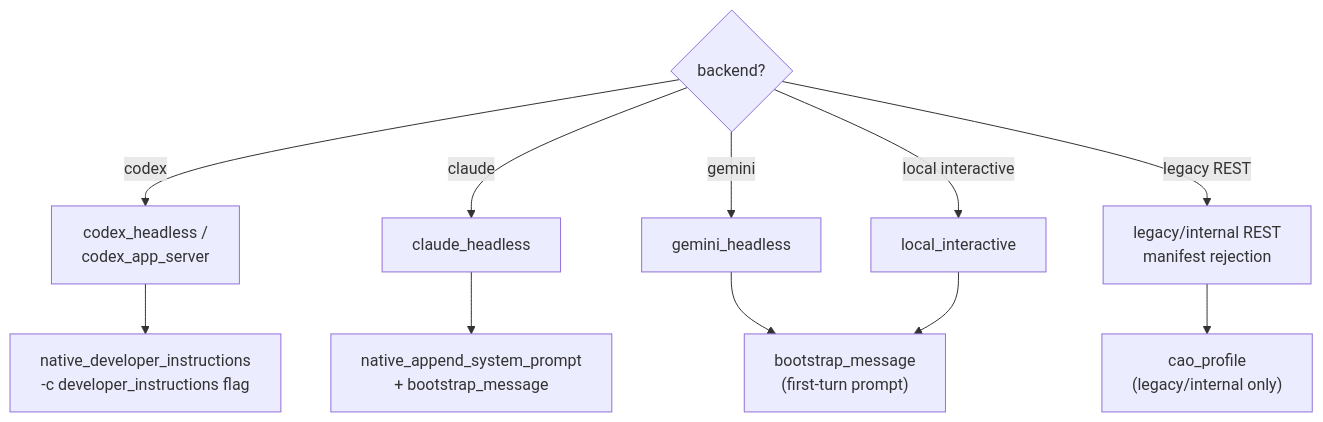
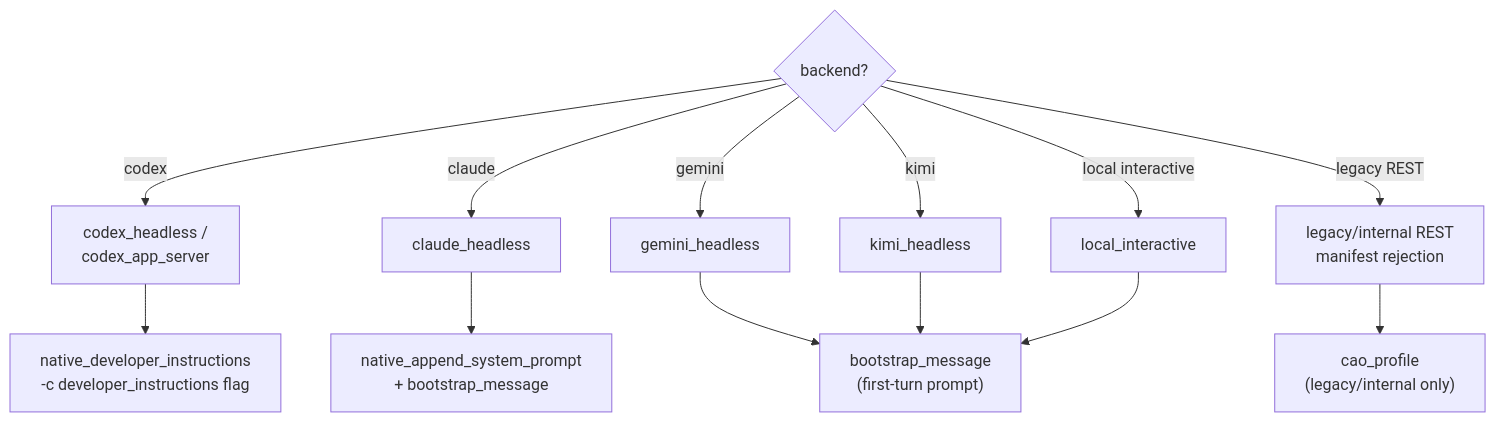
One commit to igamenovoer/houmao changed the diagram in docs/reference/run-phase/role-injection.md. Above: the diagram before and after it, drawn with Mermaid. The commit also changed other lines of this file and 85 other files, not shown here.

Commit message:
feat: add Kimi headless support

````diff
--- a/docs/reference/run-phase/role-injection.md
+++ b/docs/reference/run-phase/role-injection.md
@@ -7,21 +7,23 @@
 ```mermaid
 flowchart TD
     BE{backend?}
 
     CX["codex_headless /<br/>codex_app_server"]
     CL["claude_headless"]
     GM["gemini_headless"]
+    KM["kimi_headless"]
     LI["local_interactive"]
     LEG["legacy/internal REST<br/>manifest rejection"]
 
     NDI["native_developer_instructions<br/>-c developer_instructions flag"]
     NAS["native_append_system_prompt<br/>+ bootstrap_message"]
     BM["bootstrap_message<br/>(first-turn prompt)"]
     PB["cao_profile<br/>(legacy/internal only)"]
 
     BE -->|codex| CX --> NDI
     BE -->|claude| CL --> NAS
     BE -->|gemini| GM --> BM
+    BE -->|kimi| KM --> BM
     BE -->|local interactive| LI --> BM
     BE -->|legacy REST| LEG --> PB
 ```
````
